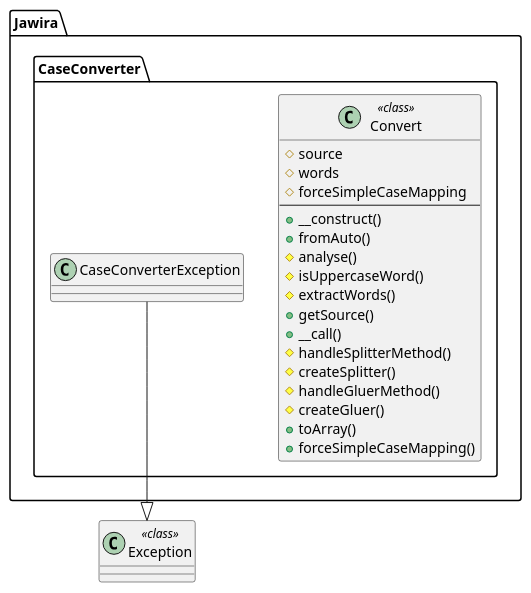
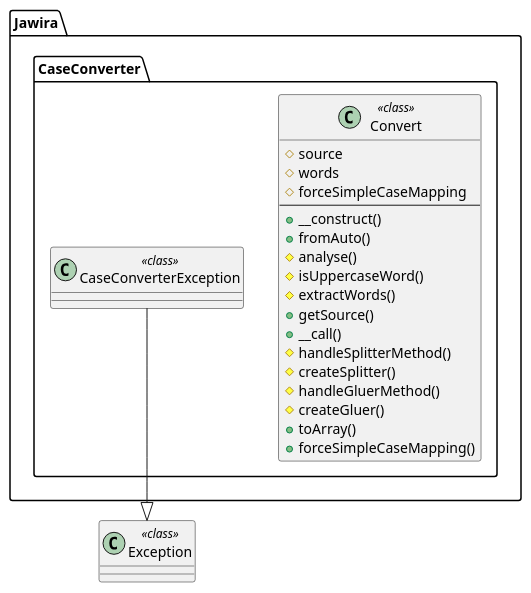
The diagram in docs/images/uml-case-converter.puml (jawira/case-converter), drawn with PlantUML before and after one commit. The commit also changed 1 other file, not shown here.

```diff
--- a/docs/images/uml-case-converter.puml
+++ b/docs/images/uml-case-converter.puml
@@ -1,26 +1,28 @@
 @startuml
 namespace Jawira.CaseConverter  {
 	class Convert << class >> {
 		#source
 		#words
 		#forceSimpleCaseMapping
 		--
 		+__construct()
 		+fromAuto()
 		#analyse()
 		#isUppercaseWord()
 		#extractWords()
 		+getSource()
 		+__call()
 		#handleSplitterMethod()
 		#createSplitter()
 		#handleGluerMethod()
 		#createGluer()
 		+toArray()
 		+forceSimpleCaseMapping()
 	}
+	class CaseConverterException << class >> {
+	}
 }
 	class Exception << class >> {
 	}
 Jawira.CaseConverter.CaseConverterException --|> Exception
 @enduml
```
